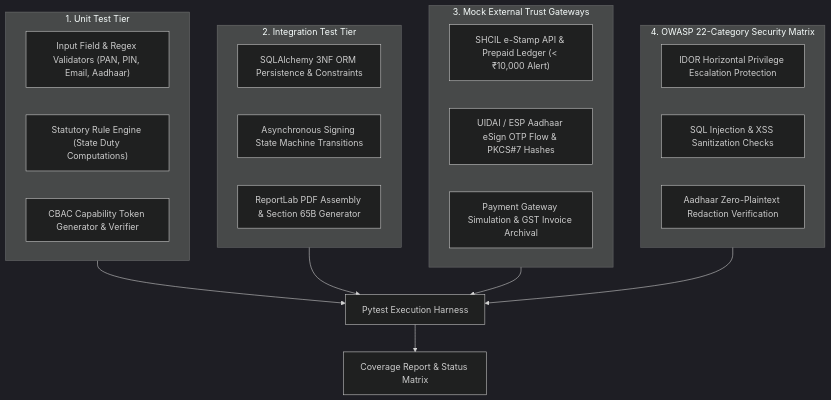
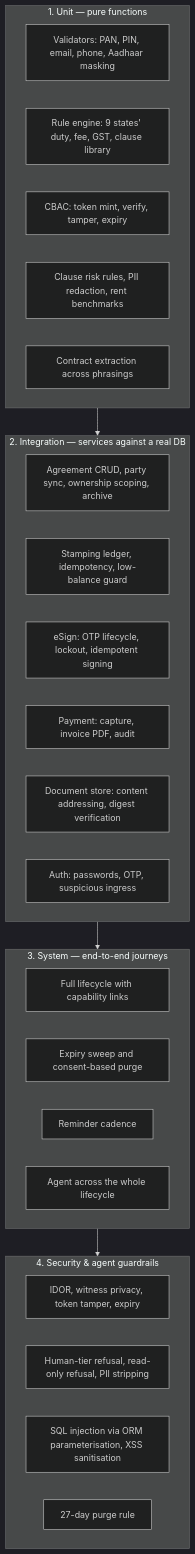
One commit to shinevijayan03/golegal_os changed the diagram in TEST_STRATEGY_AND_PLAN.md. Above: the diagram before and after it, drawn with Mermaid (dark theme). The commit also changed other lines of this file and 60 other files, not shown here.

````diff
--- a/TEST_STRATEGY_AND_PLAN.md
+++ b/TEST_STRATEGY_AND_PLAN.md
@@ -14,32 +32,31 @@
 ```mermaid
 flowchart TD
-    subgraph T1["1. Unit Test Tier"]
-        U1["Input Field & Regex Validators (PAN, PIN, Email, Aadhaar)"]
-        U2["Statutory Rule Engine (State Duty Computations)"]
-        U3["CBAC Capability Token Generator & Verifier"]
+    subgraph T1["1. Unit — pure functions"]
+        U1["Validators: PAN, PIN, email, phone, Aadhaar masking"]
+        U2["Rule engine: 9 states' duty, fee, GST, clause library"]
+        U3["CBAC: token mint, verify, tamper, expiry"]
+        U4["Clause risk rules, PII redaction, rent benchmarks"]
+        U5["Contract extraction across phrasings"]
     end
-
-    subgraph T2["2. Integration Test Tier"]
-        I1["SQLAlchemy 3NF ORM Persistence & Constraints"]
-        I2["Asynchronous Signing State Machine Transitions"]
-        I3["ReportLab PDF Assembly & Section 65B Generator"]
+    subgraph T2["2. Integration — services against a real DB"]
+        I1["Agreement CRUD, party sync, ownership scoping, archive"]
+        I2["Stamping ledger, idempotency, low-balance guard"]
+        I3["eSign: OTP lifecycle, lockout, idempotent signing"]
+        I4["Payment: capture, invoice PDF, audit"]
+        I5["Document store: content addressing, digest verification"]
+        I6["Auth: passwords, OTP, suspicious ingress"]
     end
-
-    subgraph T3["3. Mock External Trust Gateways"]
-        M1["SHCIL e-Stamp API & Prepaid Ledger (< ₹10,000 Alert)"]
-        M2["UIDAI / ESP Aadhaar eSign OTP Flow & PKCS#7 Hashes"]
-        M3["Payment Gateway Simulation & GST Invoice Archival"]
+    subgraph T3["3. System — end-to-end journeys"]
+        S1["Full lifecycle with capability links"]
+        S2["Expiry sweep and consent-based purge"]
+        S3["Reminder cadence"]
+        S4["Agent across the whole lifecycle"]
     end
-
-    subgraph T4["4. OWASP 22-Category Security Matrix"]
-        S1["IDOR Horizontal Privilege Escalation Protection"]
-        S2["SQL Injection & XSS Sanitization Checks"]
-        S3["Aadhaar Zero-Plaintext Redaction Verification"]
+    subgraph T4["4. Security & agent guardrails"]
+        X1["IDOR, witness privacy, token tamper, expiry"]
+        X2["Human-tier refusal, read-only refusal, PII stripping"]
+        X3["SQL injection via ORM parameterisation, XSS sanitisation"]
+        X4["27-day purge rule"]
     end
-
-    T1 --> TestRunner["Pytest Execution Harness"]
-    T2 --> TestRunner
-    T3 --> TestRunner
-    T4 --> TestRunner
-    TestRunner --> CoverageReport["Coverage Report & Status Matrix"]
+    T1 --> T2 --> T3 --> T4
 ```
````
